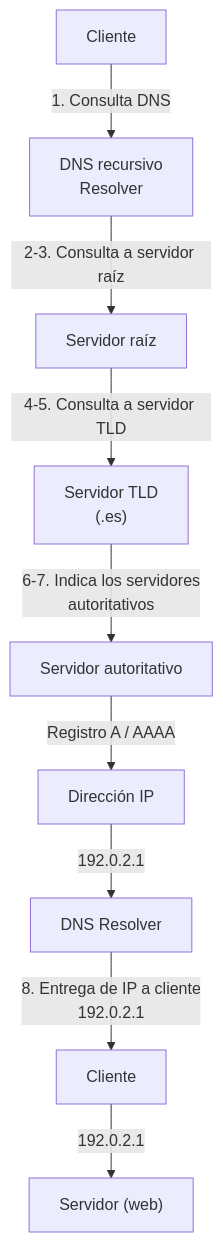
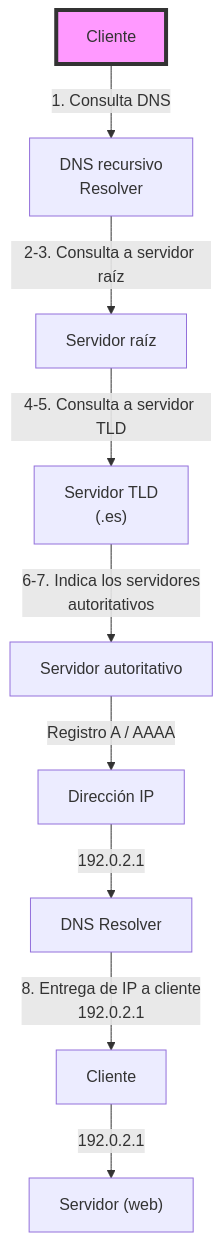
One commit to javieregeablasco/Apuntes changed the diagram in docs/SMX/SMX_2/SX/apuntes/05_DNS.md. Above: the diagram before and after it, drawn with Mermaid. The commit also changed other lines of this file, not shown here.

````diff
--- a/docs/SMX/SMX_2/SX/apuntes/05_DNS.md
+++ b/docs/SMX/SMX_2/SX/apuntes/05_DNS.md
@@ -294,11 +294,12 @@
       ```mermaid
       flowchart TD
           A[Cliente] -->|1. Consulta DNS| B[DNS recursivo<br/>Resolver]
           B -->|2-3. Consulta a servidor raíz | C[Servidor raíz]
           C -->|4-5. Consulta a servidor TLD| D["Servidor TLD<br/>(.es)"]
           D -->|6-7. Indica los servidores<br/>autoritativos| E[Servidor autoritativo]
           E -->|Registro A / AAAA| F[Dirección IP]
           F -->|192.0.2.1| G[DNS Resolver]
           G -->|8. Entrega de IP a cliente <br/>192.0.2.1| H[Cliente]
           H -->|192.0.2.1| I["Servidor (web)"]
+      style A fill:#f9f,stroke:#333,stroke-width:4px
       ```
````
